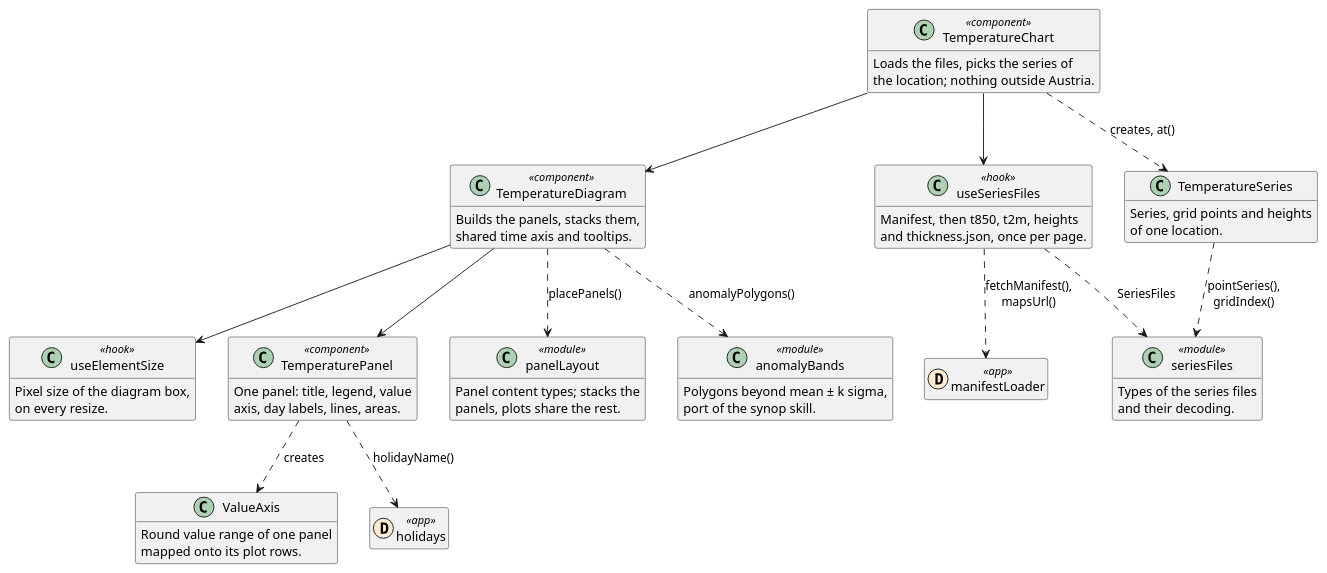
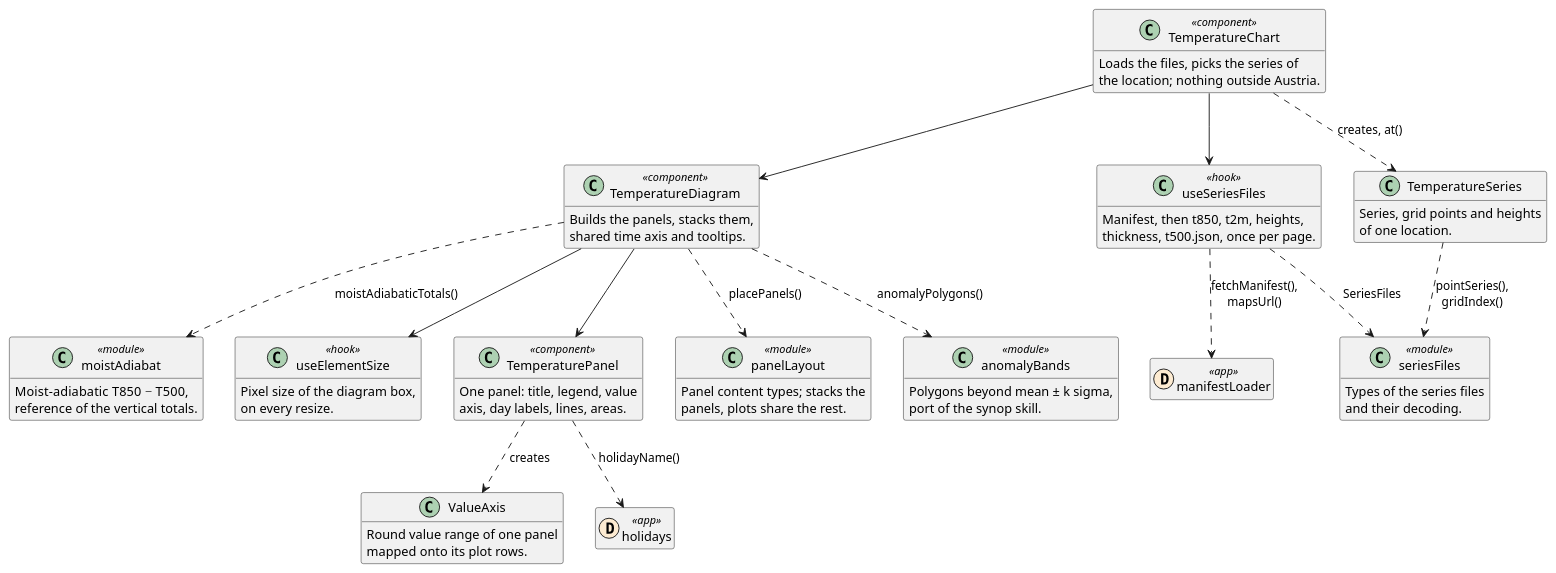
One commit to schletz/wetterkartenviewer changed the second of 2 diagrams in REFERENCE.webapp.md. Above: the diagram before and after it, drawn with PlantUML. The commit also changed other lines of this file and 11 other files, not shown here.

First line of the commit message:
Add vertical totals panel with moist-adiabatic reference

````diff
--- a/REFERENCE.webapp.md
+++ b/REFERENCE.webapp.md
@@ -163,59 +163,64 @@
 ```plantuml
 @startuml temperature
 hide empty members
 class TemperatureChart <<component>> {
  Loads the files, picks the series of
  the location; nothing outside Austria.
 }
 class TemperatureDiagram <<component>> {
  Builds the panels, stacks them,
  shared time axis and tooltips.
 }
 class TemperaturePanel <<component>> {
  One panel: title, legend, value
  axis, day labels, lines, areas.
 }
 class useSeriesFiles <<hook>> {
- Manifest, then t850, t2m, heights
- and thickness.json, once per page.
+ Manifest, then t850, t2m, heights,
+ thickness, t500.json, once per page.
 }
 class TemperatureSeries {
  Series, grid points and heights
  of one location.
 }
 class panelLayout <<module>> {
  Panel content types; stacks the
  panels, plots share the rest.
 }
 class ValueAxis {
  Round value range of one panel
  mapped onto its plot rows.
 }
 class anomalyBands <<module>> {
  Polygons beyond mean ± k sigma,
  port of the synop skill.
+}
+class moistAdiabat <<module>> {
+ Moist-adiabatic T850 − T500,
+ reference of the vertical totals.
 }
 class seriesFiles <<module>> {
  Types of the series files
  and their decoding.
 }
 class useElementSize <<hook>> {
  Pixel size of the diagram box,
  on every resize.
 }
 class manifestLoader << (D,#fdebd1) app >>
 class holidays << (D,#fdebd1) app >>
 TemperatureChart --> useSeriesFiles
 TemperatureChart ..> TemperatureSeries : creates, at()
 TemperatureChart --> TemperatureDiagram
 useSeriesFiles ..> manifestLoader : fetchManifest(),\nmapsUrl()
 useSeriesFiles ..> seriesFiles : SeriesFiles
 TemperatureSeries ..> seriesFiles : pointSeries(),\ngridIndex()
 TemperatureDiagram ..> panelLayout : placePanels()
 TemperatureDiagram ..> anomalyBands : anomalyPolygons()
+TemperatureDiagram ..> moistAdiabat : moistAdiabaticTotals()
 TemperatureDiagram --> TemperaturePanel
 TemperatureDiagram --> useElementSize
 TemperaturePanel ..> ValueAxis : creates
 TemperaturePanel ..> holidays : holidayName()
 @enduml
 ```
````
